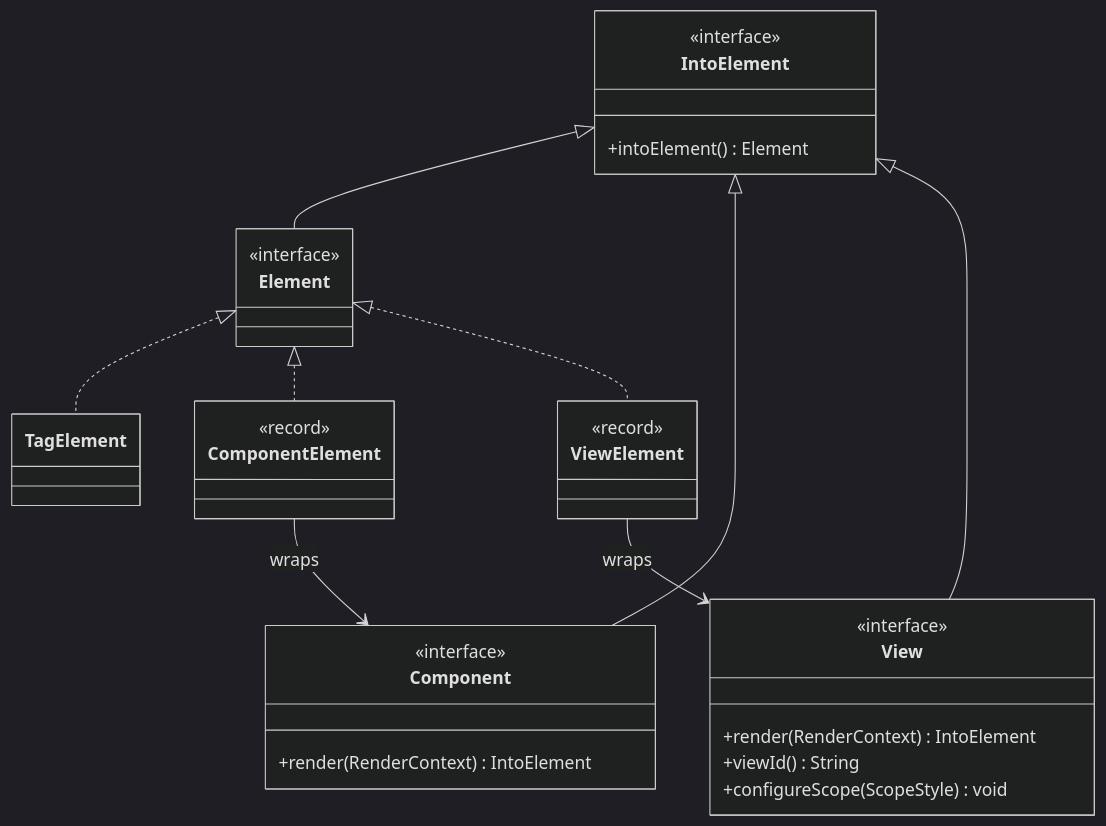
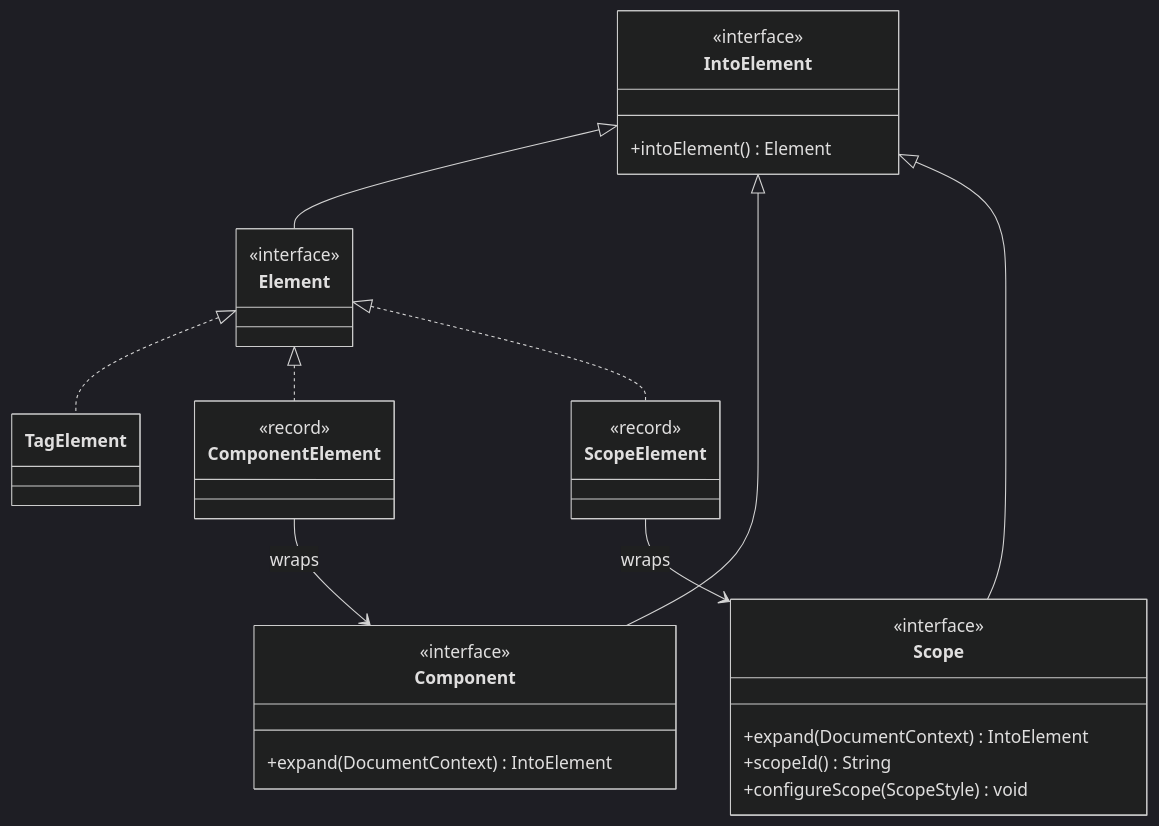
Before and after one commit to thiagogcm/tessera: the first of 6 diagrams in docs/architecture.md, drawn with Mermaid (dark theme). The commit also changed other lines of this file and 136 other files, not shown here.

````diff
--- a/docs/architecture.md
+++ b/docs/architecture.md
@@ -34,37 +34,37 @@
 ```mermaid
 classDiagram
     direction TB
     class IntoElement {
         <<interface>>
         +intoElement() Element
     }
     class Element {
         <<interface>>
     }
     class Component {
         <<interface>>
-        +render(RenderContext) IntoElement
+        +expand(DocumentContext) IntoElement
     }
-    class View {
+    class Scope {
         <<interface>>
-        +render(RenderContext) IntoElement
-        +viewId() String
+        +expand(DocumentContext) IntoElement
+        +scopeId() String
         +configureScope(ScopeStyle) void
     }
     class TagElement
     class ComponentElement {
         <<record>>
     }
-    class ViewElement {
+    class ScopeElement {
         <<record>>
     }
 
     IntoElement <|-- Element
     IntoElement <|-- Component
-    IntoElement <|-- View
+    IntoElement <|-- Scope
     Element <|.. TagElement
     Element <|.. ComponentElement
-    Element <|.. ViewElement
+    Element <|.. ScopeElement
     ComponentElement --> Component : wraps
-    ViewElement --> View : wraps
+    ScopeElement --> Scope : wraps
 ```
````
